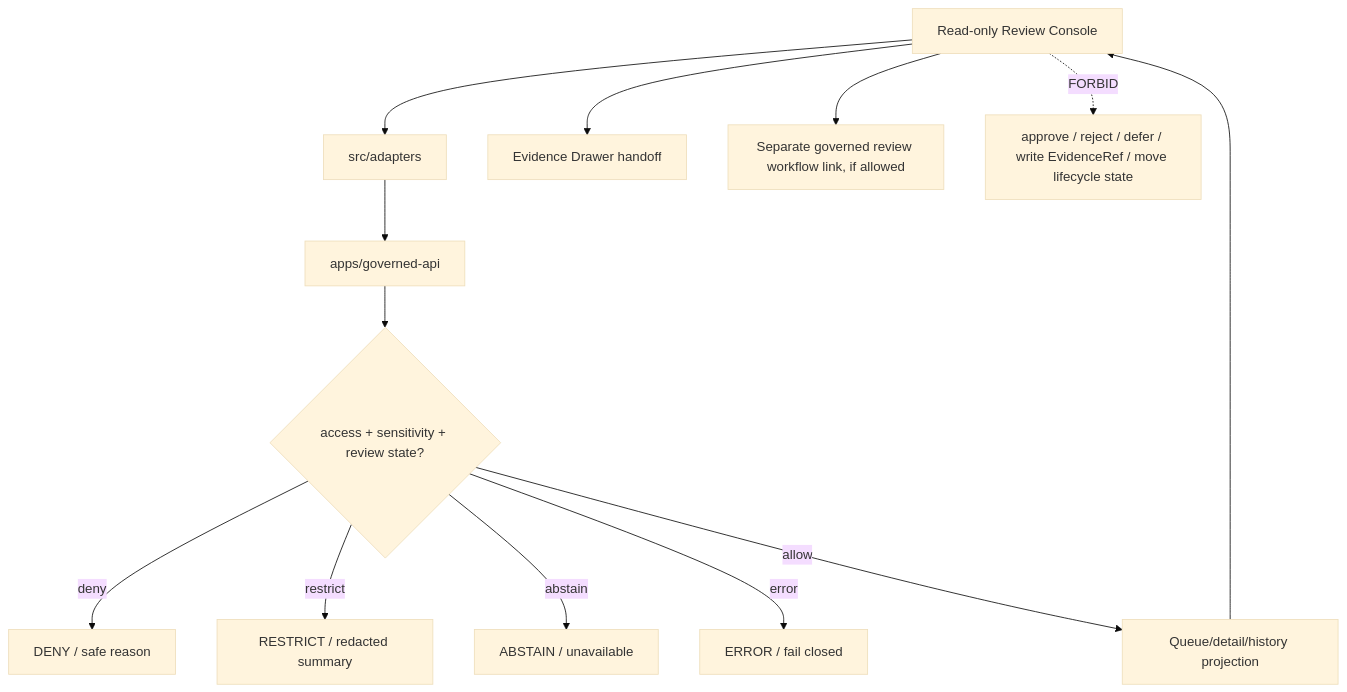
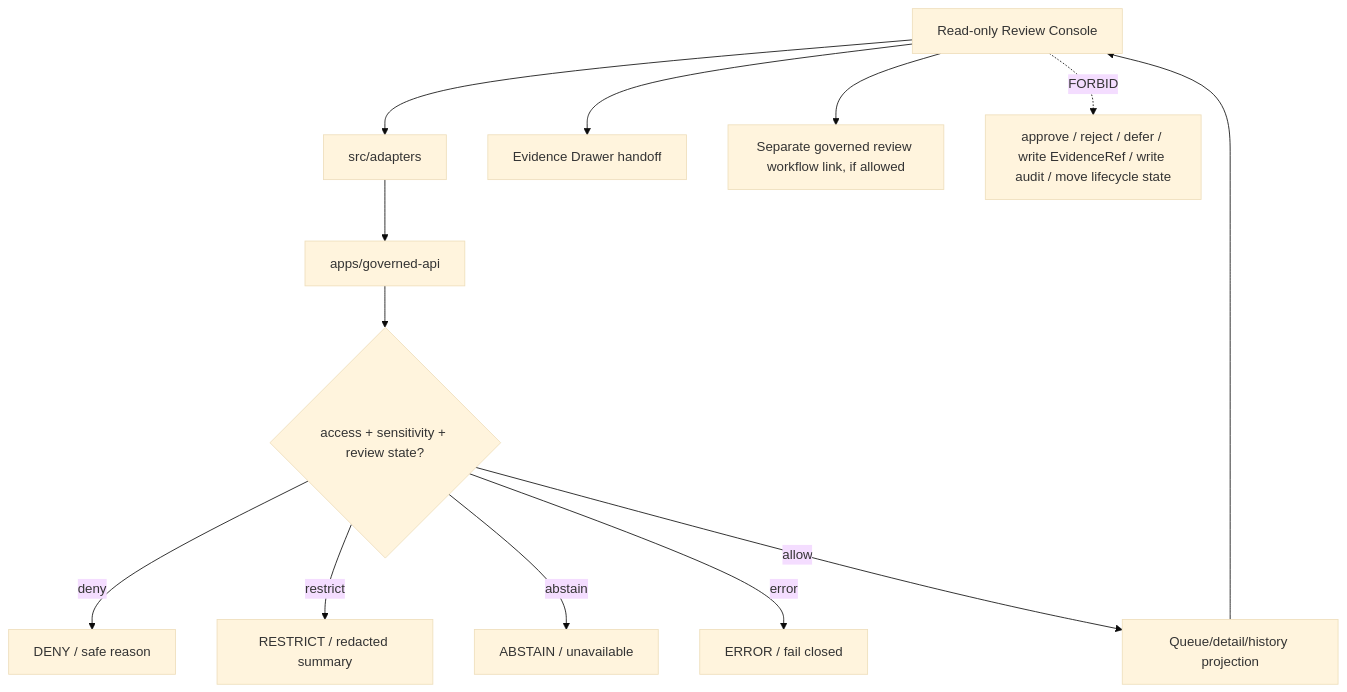
Before and after one commit to bartytime4life/Kansas-Frontier-Matrix: the diagram in apps/explorer-web/src/features/review_console_readonly/README.md, drawn with Mermaid (base theme). The commit also changed other lines of this file, not shown here.

````diff
--- a/apps/explorer-web/src/features/review_console_readonly/README.md
+++ b/apps/explorer-web/src/features/review_console_readonly/README.md
@@ -219,15 +271,15 @@
 ```mermaid
 flowchart TD
     panel["Read-only Review Console"] --> adapters["src/adapters"]
     adapters --> api["apps/governed-api"]
     api --> policy{"access + sensitivity + review state?"}
     policy -->|deny| deny["DENY / safe reason"]
     policy -->|restrict| restrict["RESTRICT / redacted summary"]
     policy -->|abstain| abstain["ABSTAIN / unavailable"]
     policy -->|error| error["ERROR / fail closed"]
     policy -->|allow| summary["Queue/detail/history projection"]
     summary --> panel
     panel --> drawer["Evidence Drawer handoff"]
     panel --> admin["Separate governed review workflow link, if allowed"]
-    panel -. FORBID .-> mutate["approve / reject / defer / write EvidenceRef / move lifecycle state"]
+    panel -. FORBID .-> mutate["approve / reject / defer / write EvidenceRef / write audit / move lifecycle state"]
 ```
````
